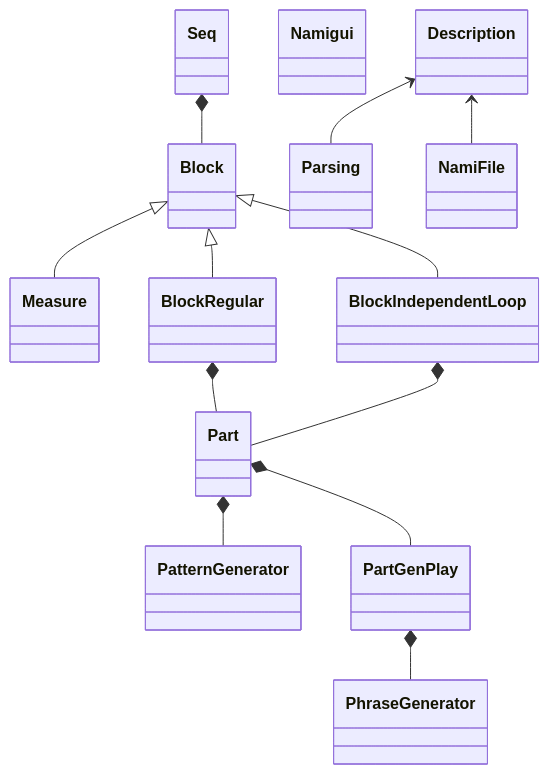
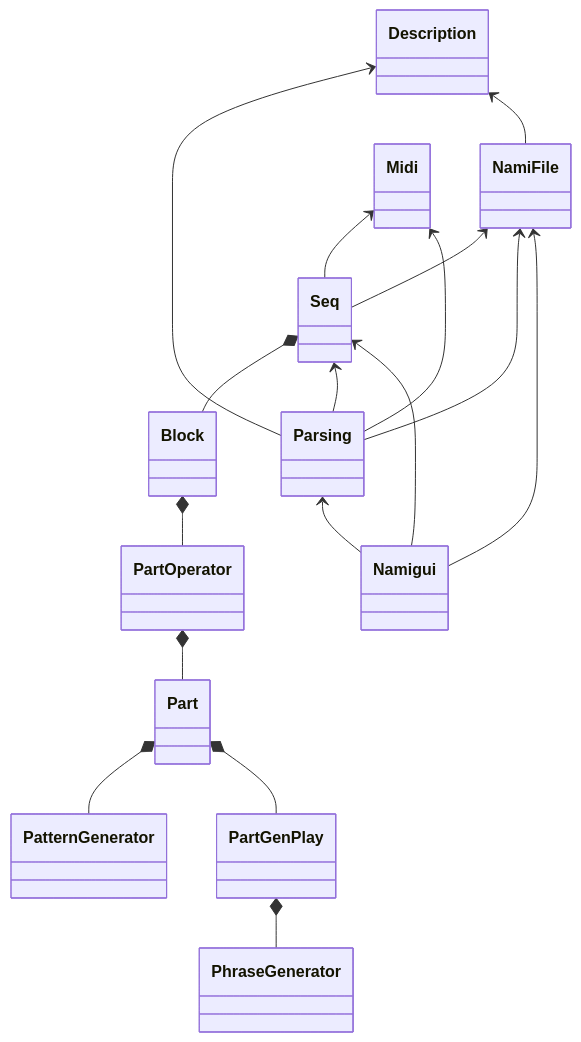
The diagram in namihey_class.md (hasebems/namihey), drawn with Mermaid before and after one commit. The commit also changed other lines of this file and 4 other files, not shown here.

````diff
--- a/namihey_class.md
+++ b/namihey_class.md
@@ -23,15 +20,19 @@
 ```mermaid
 classDiagram
 Seq *-- Block
-Block <|-- Measure
-Block <|-- BlockRegular
-Block <|-- BlockIndependentLoop
-BlockRegular *-- Part
-BlockIndependentLoop *-- Part
+Block *-- PartOperator
+PartOperator *-- Part
 Part *-- PatternGenerator
 Part *-- PartGenPlay
 PartGenPlay *-- PhraseGenerator
-class Namigui
 Description <-- Parsing
 Description <-- NamiFile
+Seq <-- Parsing
+NamiFile <-- Seq
+NamiFile <-- Parsing
+Midi <-- Seq
+Midi <-- Parsing
+Seq <-- Namigui
+Parsing <-- Namigui
+NamiFile <-- Namigui
 ```
````
